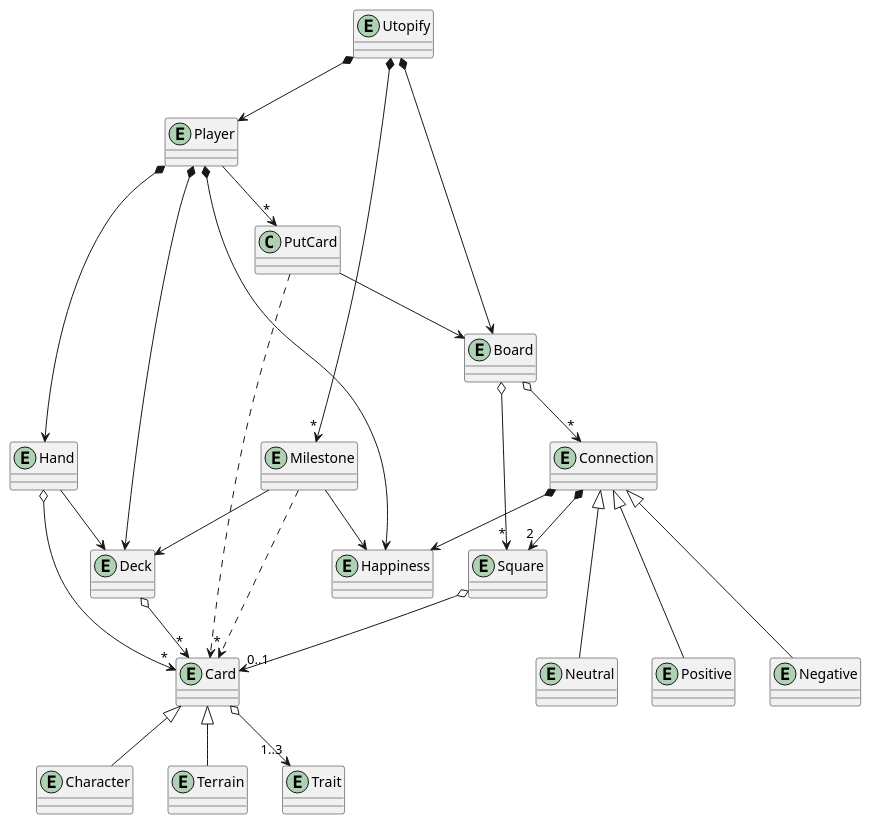
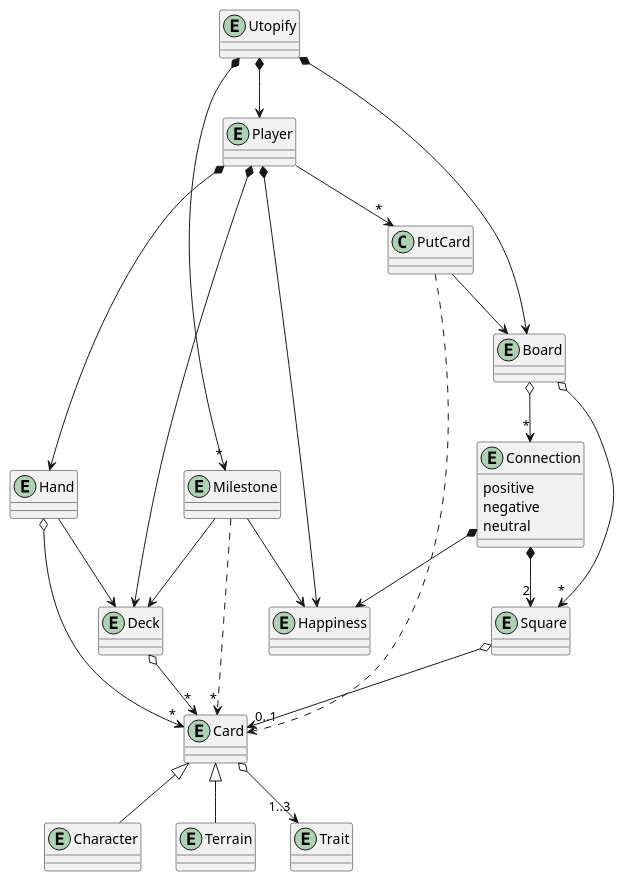
Before and after one commit to Juan-Albert/Utopify: the diagram in Diagrams/UML/DomainModel.puml, drawn with PlantUML.

Commit message:
docs: include adjectives inside connection

```diff
--- a/Diagrams/UML/DomainModel.puml
+++ b/Diagrams/UML/DomainModel.puml
@@ -1,51 +1,51 @@
 @startuml
 
 entity Utopify
 entity Player
 entity Deck
 entity Hand
 entity Card
 entity Character
 entity Terrain
 entity Trait
 entity Board
 entity Square
 entity Connection
-entity Positive
-entity Neutral
-entity Negative
+{
+    positive
+    negative
+    neutral
+}
+
 entity Happiness
 entity Milestone
 
 Utopify *--> Player
 Player *--> Deck
 Player *--> Hand
 Player --> "*" PutCard
 Hand --> Deck
 Hand o--> "*" Card
 Deck o--> "*" Card
 Card o--> "1..3" Trait
 Card <|-- Character
 Card <|-- Terrain
 
 Player *--> Happiness
 
 Utopify *--> Board
 Board o--> "*" Square
 Board o--> "*" Connection
 Square o--> "0..1" Card
 Connection *--> "2" Square
 Connection *--> Happiness
-Connection <|--- Positive
-Connection <|--- Neutral
-Connection <|--- Negative
 
 PutCard --> Board
 PutCard ..> Card
 
 Utopify *--> "*" Milestone
 Milestone --> Happiness
 Milestone --> Deck
 Milestone ..> "*" Card 
 
 @enduml
```
